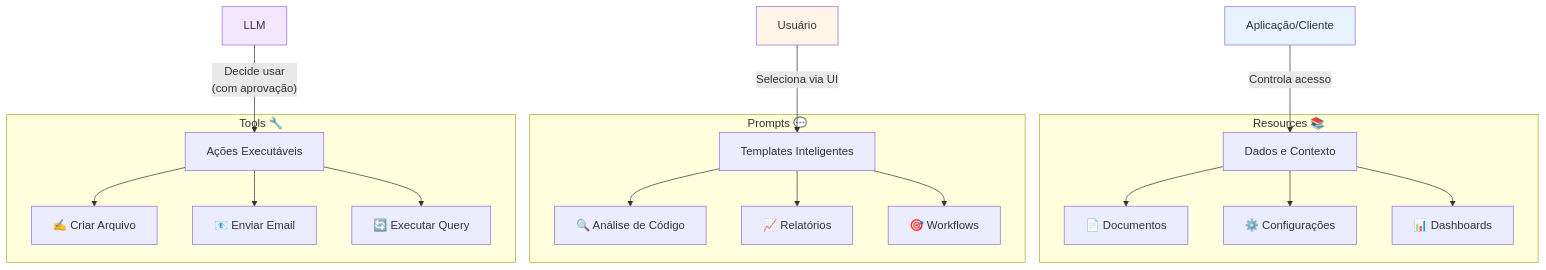
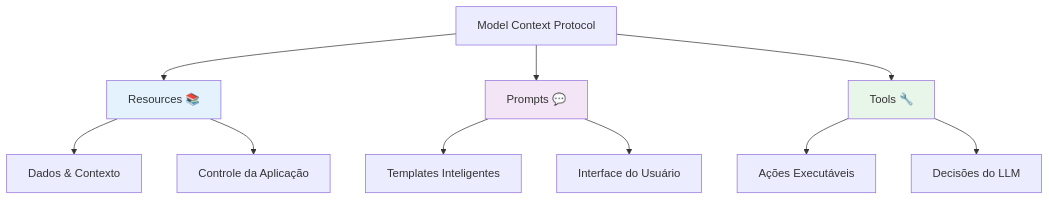
The fourth of 14 diagrams in AI/Comunicação/MCP/00-mcp-presentation-zero to hero.md (felipepimentel/my-public-notes), drawn with Mermaid before and after one commit. The commit also changed other lines of this file, not shown here.

````diff
--- a/AI/Comunicação/MCP/00-mcp-presentation-zero to hero.md
+++ b/AI/Comunicação/MCP/00-mcp-presentation-zero to hero.md
@@ -177,31 +79,19 @@
 ```mermaid
-graph TD
-    subgraph "Resources 📚"
-        R[Dados e Contexto]
-        R --> R1[📄 Documentos]
-        R --> R2[⚙️ Configurações]
-        R --> R3[📊 Dashboards]
-    end
+graph TB
+    MCP[Model Context Protocol] --> P1[Resources 📚]
+    MCP --> P2[Prompts 💬]
+    MCP --> P3[Tools 🔧]
     
-    subgraph "Prompts 💬"
-        P[Templates Inteligentes]
-        P --> P1[🔍 Análise de Código]
-        P --> P2[📈 Relatórios]
-        P --> P3[🎯 Workflows]
-    end
+    P1 --> R1[Dados & Contexto]
+    P1 --> R2[Controle da Aplicação]
     
-    subgraph "Tools 🔧"
-        T[Ações Executáveis]
-        T --> T1[✍️ Criar Arquivo]
-        T --> T2[📧 Enviar Email]
-        T --> T3[🔄 Executar Query]
-    end
+    P2 --> PR1[Templates Inteligentes]
+    P2 --> PR2[Interface do Usuário]
     
-    A[Aplicação/Cliente] -->|"Controla acesso"| R
-    U[Usuário] -->|"Seleciona via UI"| P
-    L[LLM] -->|"Decide usar<br/>(com aprovação)"| T
+    P3 --> T1[Ações Executáveis]
+    P3 --> T2[Decisões do LLM]
     
-    style A fill:#e6f3ff
-    style U fill:#fff4e6
-    style L fill:#f3e6ff
+    style P1 fill:#e3f2fd
+    style P2 fill:#f3e5f5
+    style P3 fill:#e8f5e9
 ```
````
